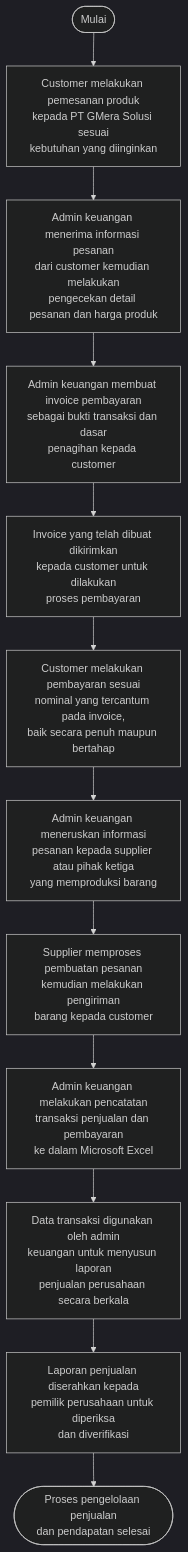
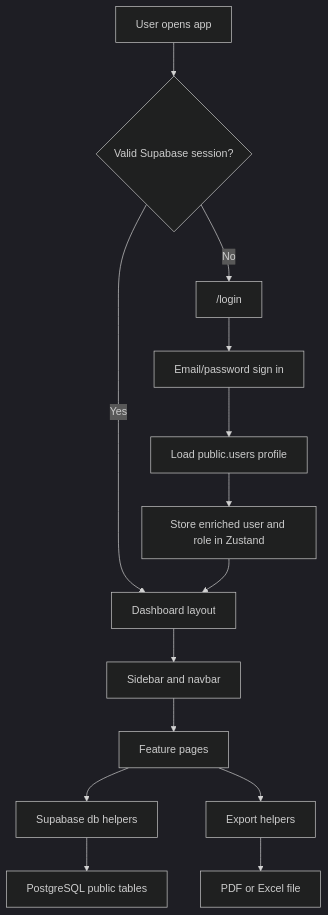
Before and after one commit to aadvxe/Gmera-Solusi: the first of 5 diagrams in docs/diagram.md, drawn with Mermaid (dark theme). The commit also changed other lines of this file and 7 other files, not shown here.

````diff
--- a/docs/diagram.md
+++ b/docs/diagram.md
@@ -9,14 +7,16 @@
 ```mermaid
 flowchart TD
-    A([Mulai]) --> B["Customer melakukan pemesanan produk\nkepada PT GMera Solusi sesuai\nkebutuhan yang diinginkan"]
-    B --> C["Admin keuangan menerima informasi pesanan\ndari customer kemudian melakukan\npengecekan detail pesanan dan harga produk"]
-    C --> D["Admin keuangan membuat invoice pembayaran\nsebagai bukti transaksi dan dasar\npenagihan kepada customer"]
-    D --> E["Invoice yang telah dibuat dikirimkan\nkepada customer untuk dilakukan\nproses pembayaran"]
-    E --> F["Customer melakukan pembayaran sesuai\nnominal yang tercantum pada invoice,\nbaik secara penuh maupun bertahap"]
-    F --> G["Admin keuangan meneruskan informasi\npesanan kepada supplier atau pihak ketiga\nyang memproduksi barang"]
-    G --> H["Supplier memproses pembuatan pesanan\nkemudian melakukan pengiriman\nbarang kepada customer"]
-    H --> I["Admin keuangan melakukan pencatatan\ntransaksi penjualan dan pembayaran\nke dalam Microsoft Excel"]
-    I --> J["Data transaksi digunakan oleh admin\nkeuangan untuk menyusun laporan\npenjualan perusahaan secara berkala"]
-    J --> K["Laporan penjualan diserahkan kepada\npemilik perusahaan untuk diperiksa\ndan diverifikasi"]
-    K --> L([Proses pengelolaan penjualan\ndan pendapatan selesai])
+  A["User opens app"] --> B{"Valid Supabase session?"}
+  B -->|No| C["/login"]
+  C --> D["Email/password sign in"]
+  D --> E["Load public.users profile"]
+  E --> F["Store enriched user and role in Zustand"]
+  B -->|Yes| G["Dashboard layout"]
+  F --> G
+  G --> H["Sidebar and navbar"]
+  H --> I["Feature pages"]
+  I --> J["Supabase db helpers"]
+  J --> K["PostgreSQL public tables"]
+  I --> L["Export helpers"]
+  L --> M["PDF or Excel file"]
 ```
````
